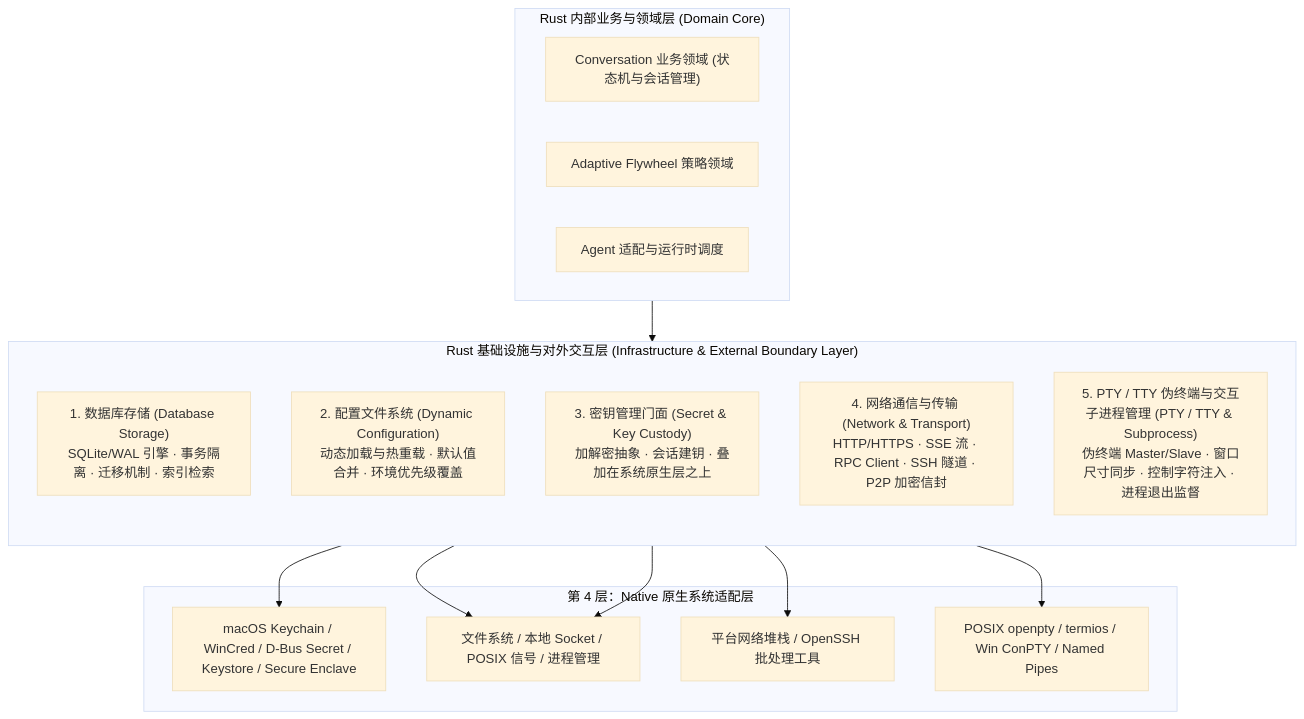
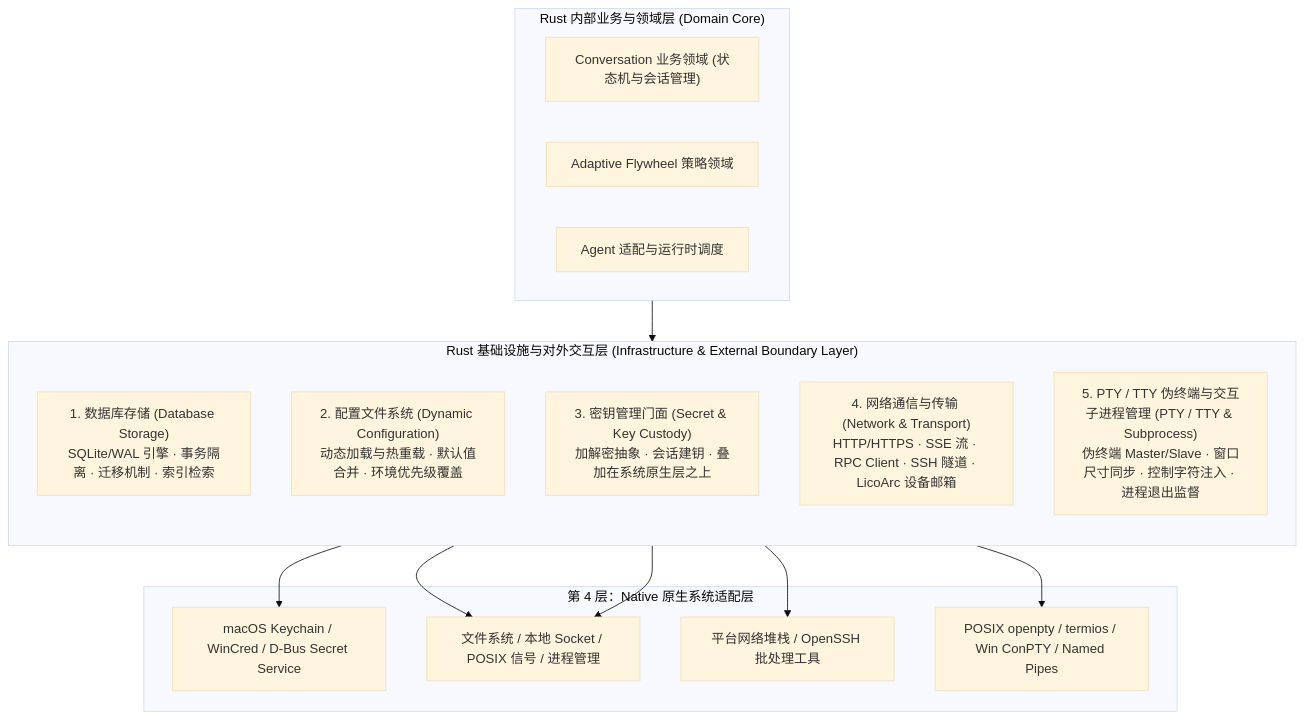
The diagram in docs/architecture/RUST-INFRASTRUCTURE-LAYER.zh-CN.md (LicoLand/LicoUp-CLI), drawn with Mermaid (base theme) before and after one commit. The commit also changed other lines of this file and 2360 other files, not shown here.

````diff
--- a/docs/architecture/RUST-INFRASTRUCTURE-LAYER.zh-CN.md
+++ b/docs/architecture/RUST-INFRASTRUCTURE-LAYER.zh-CN.md
@@ -20,31 +20,31 @@
 ```mermaid
 flowchart TB
     subgraph DOMAIN["Rust 内部业务与领域层 (Domain Core)"]
         CONV["Conversation 业务领域 (状态机与会话管理)"]
         FLYWHEEL["Adaptive Flywheel 策略领域"]
         AGENTS["Agent 适配与运行时调度"]
     end
 
     subgraph INFRA["Rust 基础设施与对外交互层 (Infrastructure & External Boundary Layer)"]
         direction TB
         DB["1. 数据库存储 (Database Storage)<br/>SQLite/WAL 引擎 · 事务隔离 · 迁移机制 · 索引检索"]
         CONFIG["2. 配置文件系统 (Dynamic Configuration)<br/>动态加载与热重载 · 默认值合并 · 环境优先级覆盖"]
         SECRETS["3. 密钥管理门面 (Secret & Key Custody)<br/>加解密抽象 · 会话建钥 · 叠加在系统原生层之上"]
-        NETWORK["4. 网络通信与传输 (Network & Transport)<br/>HTTP/HTTPS · SSE 流 · RPC Client · SSH 隧道 · P2P 加密信封"]
+        NETWORK["4. 网络通信与传输 (Network & Transport)<br/>HTTP/HTTPS · SSE 流 · RPC Client · SSH 隧道 · LicoArc 设备邮箱"]
         PTY["5. PTY / TTY 伪终端与交互子进程管理 (PTY / TTY & Subprocess)<br/>伪终端 Master/Slave · 窗口尺寸同步 · 控制字符注入 · 进程退出监督"]
     end
 
     subgraph NATIVE["第 4 层：Native 原生系统适配层"]
-        OS_KEYCHAIN["macOS Keychain / WinCred / D-Bus Secret / Keystore / Secure Enclave"]
+        OS_KEYCHAIN["macOS Keychain / WinCred / D-Bus Secret Service"]
         OS_SYSTEM["文件系统 / 本地 Socket / POSIX 信号 / 进程管理"]
         OS_NETWORK["平台网络堆栈 / OpenSSH 批处理工具"]
         OS_PTY["POSIX openpty / termios / Win ConPTY / Named Pipes"]
     end
 
     DOMAIN --> INFRA
     SECRETS --> OS_KEYCHAIN
     DB --> OS_SYSTEM
     CONFIG --> OS_SYSTEM
     NETWORK --> OS_NETWORK
     PTY --> OS_PTY
 ```
````
